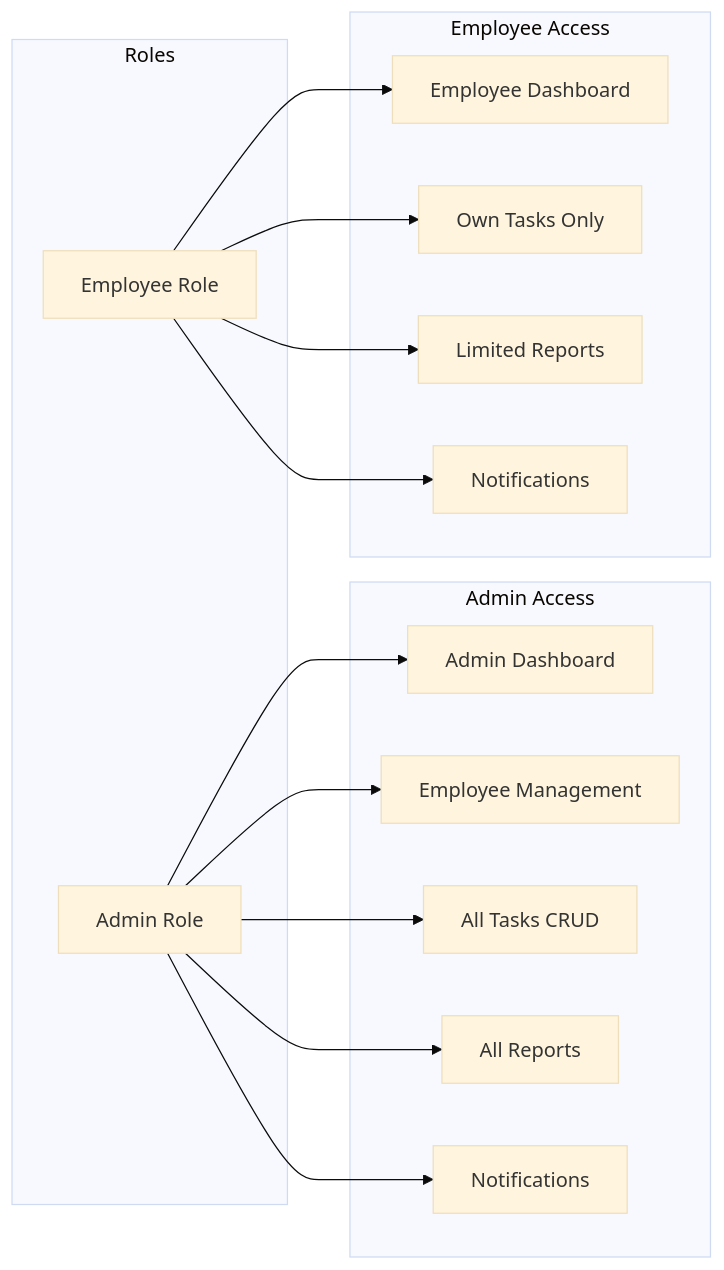
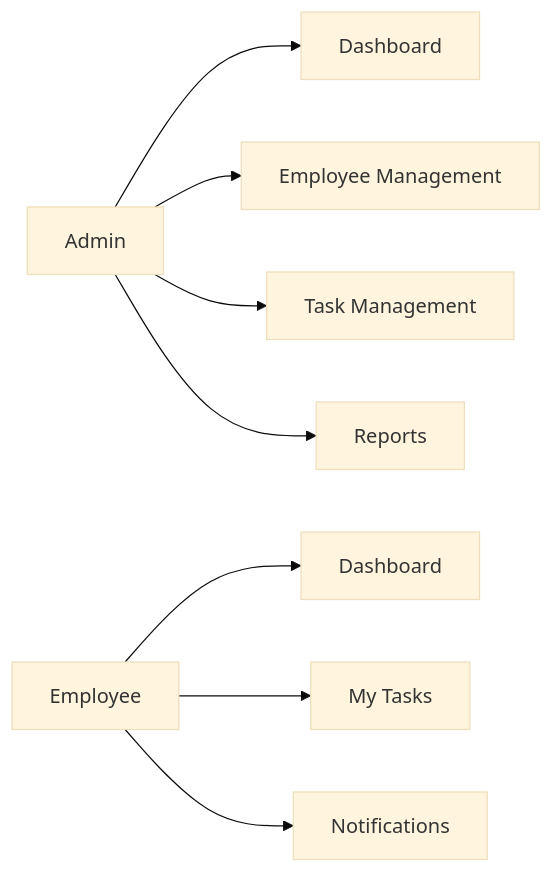
The third of 4 diagrams in diagrams/architecture.md (nandini-gondhali/employee-task-management-system), drawn with Mermaid (base theme) before and after one commit. The commit also changed other lines of this file and 7 other files, not shown here.

Commit message:
Complete Employee Task Management System assignment

````diff
--- a/diagrams/architecture.md
+++ b/diagrams/architecture.md
@@ -68,33 +43,11 @@
 ```mermaid
 flowchart LR
-    subgraph Roles
-        Admin[Admin Role]
-        Employee[Employee Role]
-    end
+    A[Admin] --> B[Dashboard]
+    A --> C[Employee Management]
+    A --> D[Task Management]
+    A --> E[Reports]
 
-    subgraph AdminAccess["Admin Access"]
-        AD[Admin Dashboard]
-        EM[Employee Management]
-        AT[All Tasks CRUD]
-        AR[All Reports]
-        AN[Notifications]
-    end
-
-    subgraph EmployeeAccess["Employee Access"]
-        ED[Employee Dashboard]
-        MT[Own Tasks Only]
-        ER[Limited Reports]
-        EN[Notifications]
-    end
-
-    Admin --> AD
-    Admin --> EM
-    Admin --> AT
-    Admin --> AR
-    Admin --> AN
-
-    Employee --> ED
-    Employee --> MT
-    Employee --> ER
-    Employee --> EN
+    F[Employee] --> G[Dashboard]
+    F --> H[My Tasks]
+    F --> I[Notifications]
 ```
````
